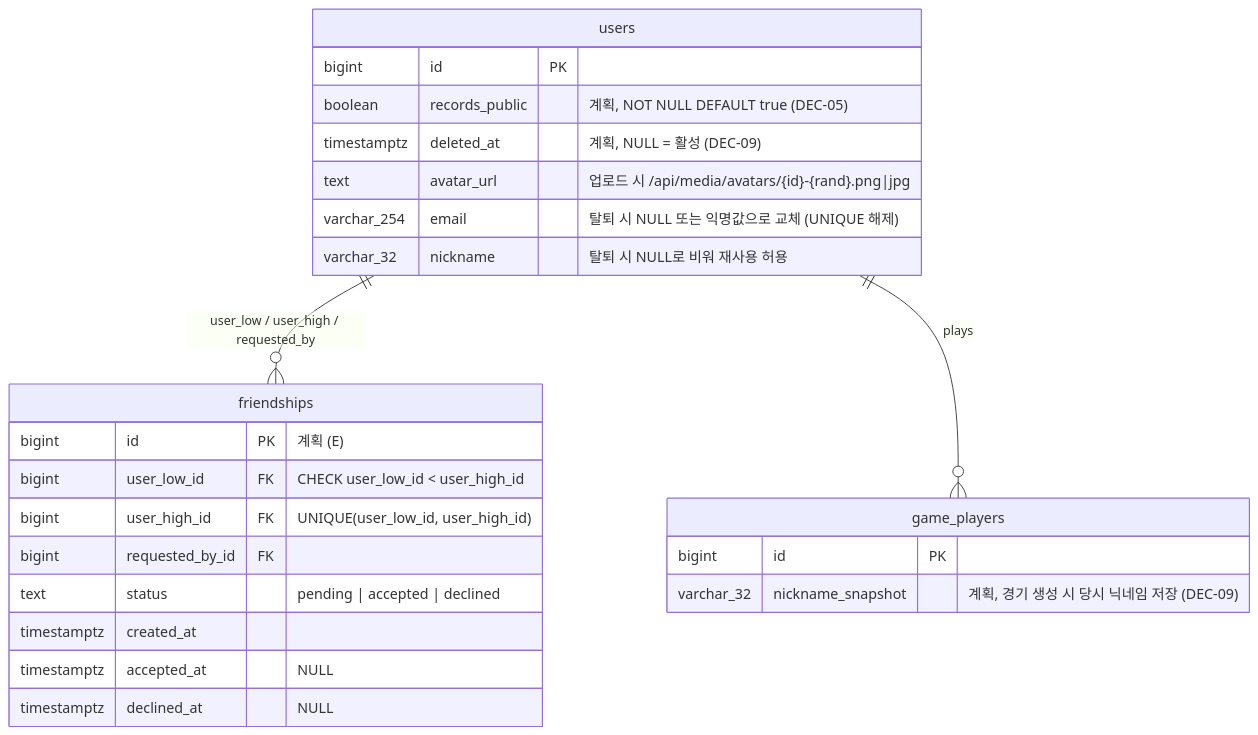
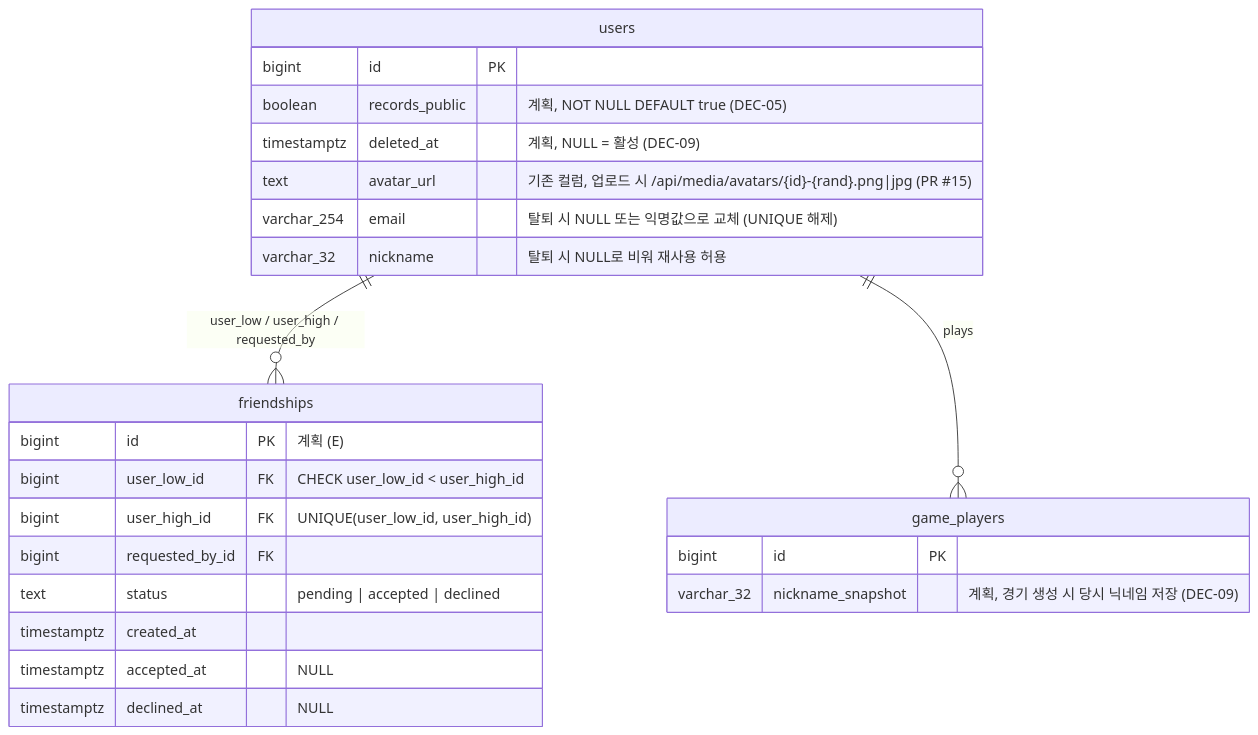
The ninth of 53 diagrams in Document/SDS.md (EscapeFromGyeongsan/ft_transcendence), drawn with Mermaid before and after one commit. The commit also changed other lines of this file, not shown here.

````diff
--- a/Document/SDS.md
+++ b/Document/SDS.md
@@ -625,28 +901,28 @@
 ```mermaid
 erDiagram
     users ||--o{ friendships : "user_low / user_high / requested_by"
     users ||--o{ game_players : "plays"
 
     users {
         bigint id PK
         boolean records_public "계획, NOT NULL DEFAULT true (DEC-05)"
         timestamptz deleted_at "계획, NULL = 활성 (DEC-09)"
-        text avatar_url "업로드 시 /api/media/avatars/{id}-{rand}.png|jpg"
+        text avatar_url "기존 컬럼, 업로드 시 /api/media/avatars/{id}-{rand}.png|jpg (PR #15)"
         varchar_254 email "탈퇴 시 NULL 또는 익명값으로 교체 (UNIQUE 해제)"
         varchar_32 nickname "탈퇴 시 NULL로 비워 재사용 허용"
     }
     game_players {
         bigint id PK
         varchar_32 nickname_snapshot "계획, 경기 생성 시 당시 닉네임 저장 (DEC-09)"
     }
     friendships {
         bigint id PK "계획 (E)"
         bigint user_low_id FK "CHECK user_low_id < user_high_id"
         bigint user_high_id FK "UNIQUE(user_low_id, user_high_id)"
         bigint requested_by_id FK
         text status "pending | accepted | declined"
         timestamptz created_at
         timestamptz accepted_at "NULL"
         timestamptz declined_at "NULL"
     }
 ```
````
